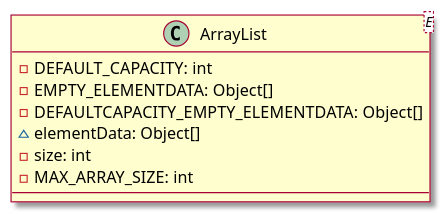
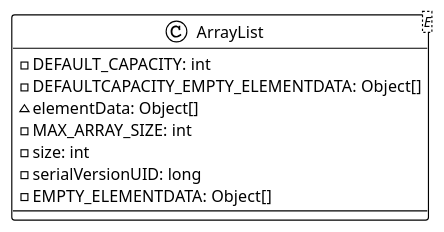
One commit to mjj-projects/java-core-learning changed the diagram in docs/collection/list/arraylist/02-核心字段.md. Above: the diagram before and after it, drawn with PlantUML. The commit also changed other lines of this file and 2 other files, not shown here.

Commit message:
修改类图

````diff
--- a/docs/collection/list/arraylist/02-核心字段.md
+++ b/docs/collection/list/arraylist/02-核心字段.md
@@ -1,15 +1,18 @@
 ```plantuml
 @startuml
 
-skin rose
+!theme plain
+top to bottom direction
+skinparam linetype ortho
 
 class ArrayList<E> {
   - DEFAULT_CAPACITY: int
-  - EMPTY_ELEMENTDATA: Object[]
   - DEFAULTCAPACITY_EMPTY_ELEMENTDATA: Object[]
   ~ elementData: Object[]
+  - MAX_ARRAY_SIZE: int
   - size: int
-  - MAX_ARRAY_SIZE: int
+  - serialVersionUID: long
+  - EMPTY_ELEMENTDATA: Object[]
 }
 @enduml
 ```
````
